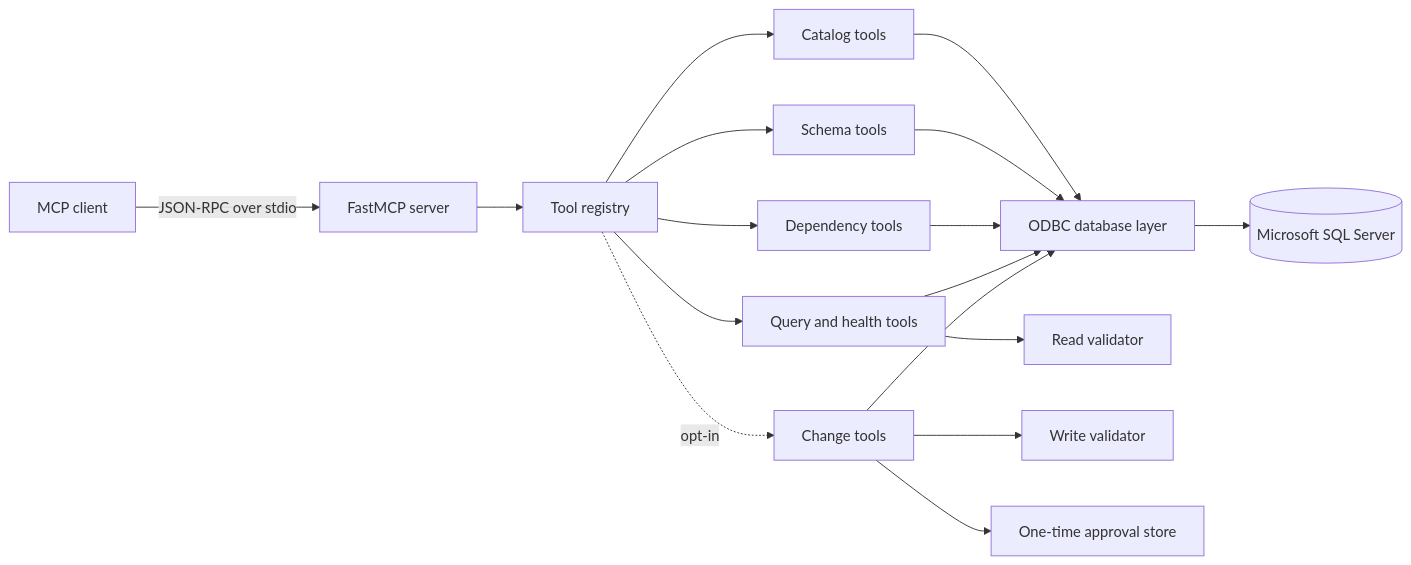
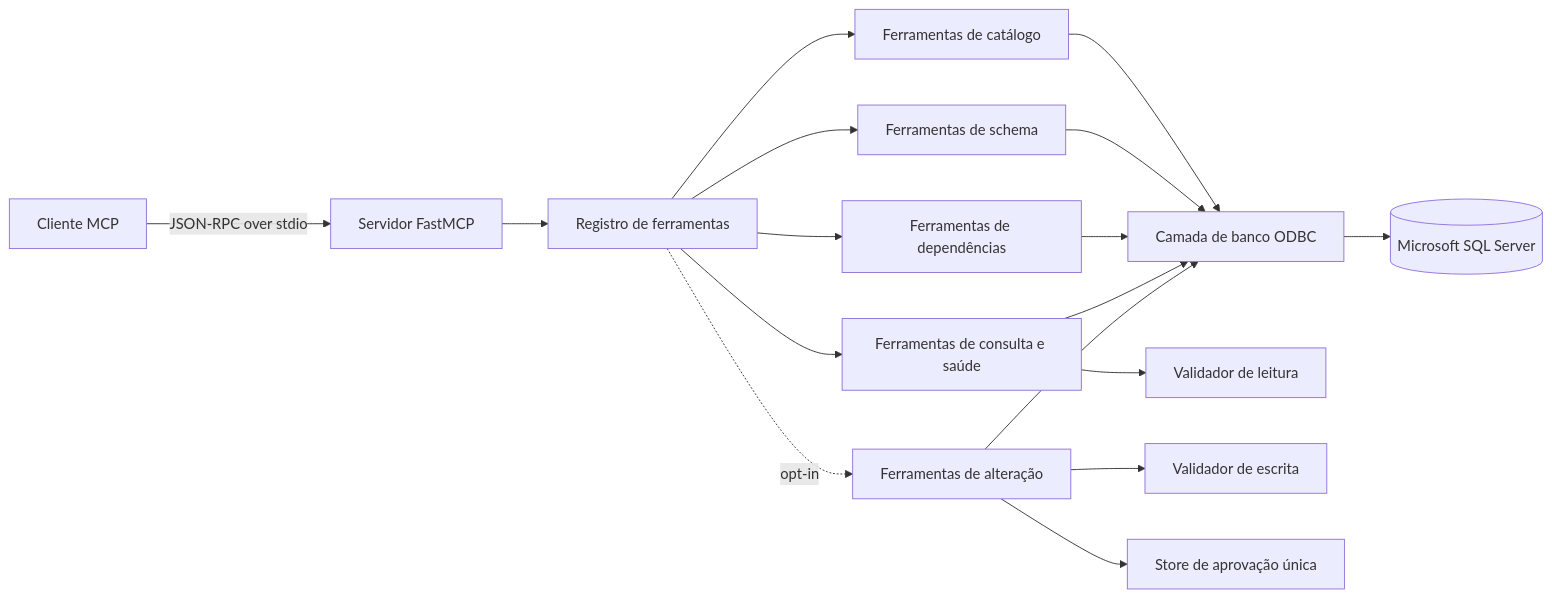
Before and after one commit to Lyma610/mssql-mcp: the diagram in README.md, drawn with Mermaid. The commit also changed other lines of this file, not shown here.

````diff
--- a/README.md
+++ b/README.md
@@ -36,19 +36,19 @@
 ```mermaid
 flowchart LR
-    Client[MCP client] -->|JSON-RPC over stdio| Server[FastMCP server]
-    Server --> Registry[Tool registry]
-    Registry --> Catalog[Catalog tools]
-    Registry --> Schema[Schema tools]
-    Registry --> Dependencies[Dependency tools]
-    Registry --> Query[Query and health tools]
-    Registry -. opt-in .-> Changes[Change tools]
-    Catalog --> DB[ODBC database layer]
+    Client[Cliente MCP] -->|JSON-RPC over stdio| Server[Servidor FastMCP]
+    Server --> Registry[Registro de ferramentas]
+    Registry --> Catalog[Ferramentas de catálogo]
+    Registry --> Schema[Ferramentas de schema]
+    Registry --> Dependencies[Ferramentas de dependências]
+    Registry --> Query[Ferramentas de consulta e saúde]
+    Registry -. opt-in .-> Changes[Ferramentas de alteração]
+    Catalog --> DB[Camada de banco ODBC]
     Schema --> DB
     Dependencies --> DB
-    Query --> Validator[Read validator]
-    Changes --> WriteValidator[Write validator]
-    Changes --> Approval[One-time approval store]
+    Query --> Validator[Validador de leitura]
+    Changes --> WriteValidator[Validador de escrita]
+    Changes --> Approval[Store de aprovação única]
     Query --> DB
     Changes --> DB
     DB --> SQLServer[(Microsoft SQL Server)]
 ```
````
